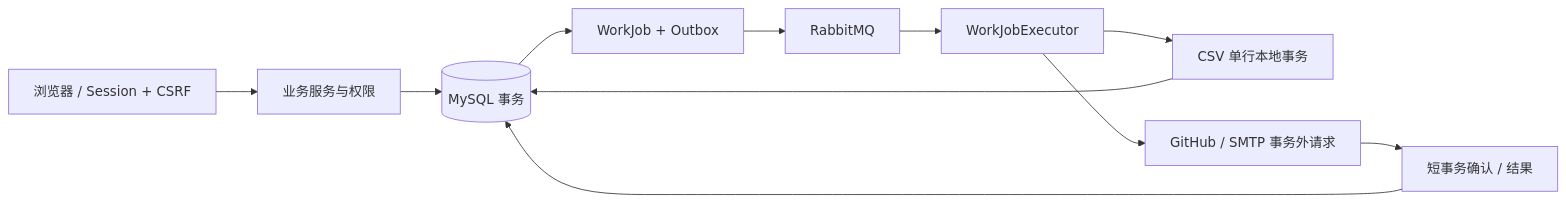
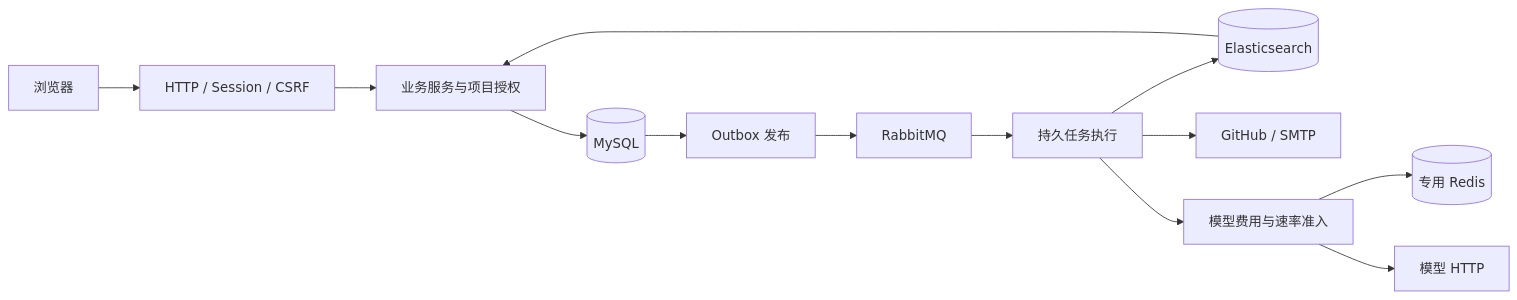
The diagram in docs/ARCHITECTURE.md (YeYan0829/workhub), drawn with Mermaid before and after one commit. The commit also changed other lines of this file and 25 other files, not shown here.

````diff
--- a/docs/ARCHITECTURE.md
+++ b/docs/ARCHITECTURE.md
@@ -170,13 +5,15 @@
 ```mermaid
 flowchart LR
- U[浏览器 / Session + CSRF] --> S[业务服务与权限]
- S --> DB[(MySQL 事务)]
- DB --> O[WorkJob + Outbox]
- O --> MQ[RabbitMQ]
- MQ --> E[WorkJobExecutor]
- E --> L[CSV 单行本地事务]
- E --> R[GitHub / SMTP 事务外请求]
- L --> DB
- R --> C[短事务确认 / 结果]
- C --> DB
+    UI[浏览器] --> API[HTTP / Session / CSRF]
+    API --> B[业务服务与项目授权]
+    B --> DB[(MySQL)]
+    DB --> O[Outbox 发布]
+    O --> MQ[RabbitMQ]
+    MQ --> W[持久任务执行]
+    W --> ES[(Elasticsearch)]
+    W --> GH[GitHub / SMTP]
+    W --> G[模型费用与速率准入]
+    G --> R[(专用 Redis)]
+    G --> M[模型 HTTP]
+    ES --> B
 ```
````
